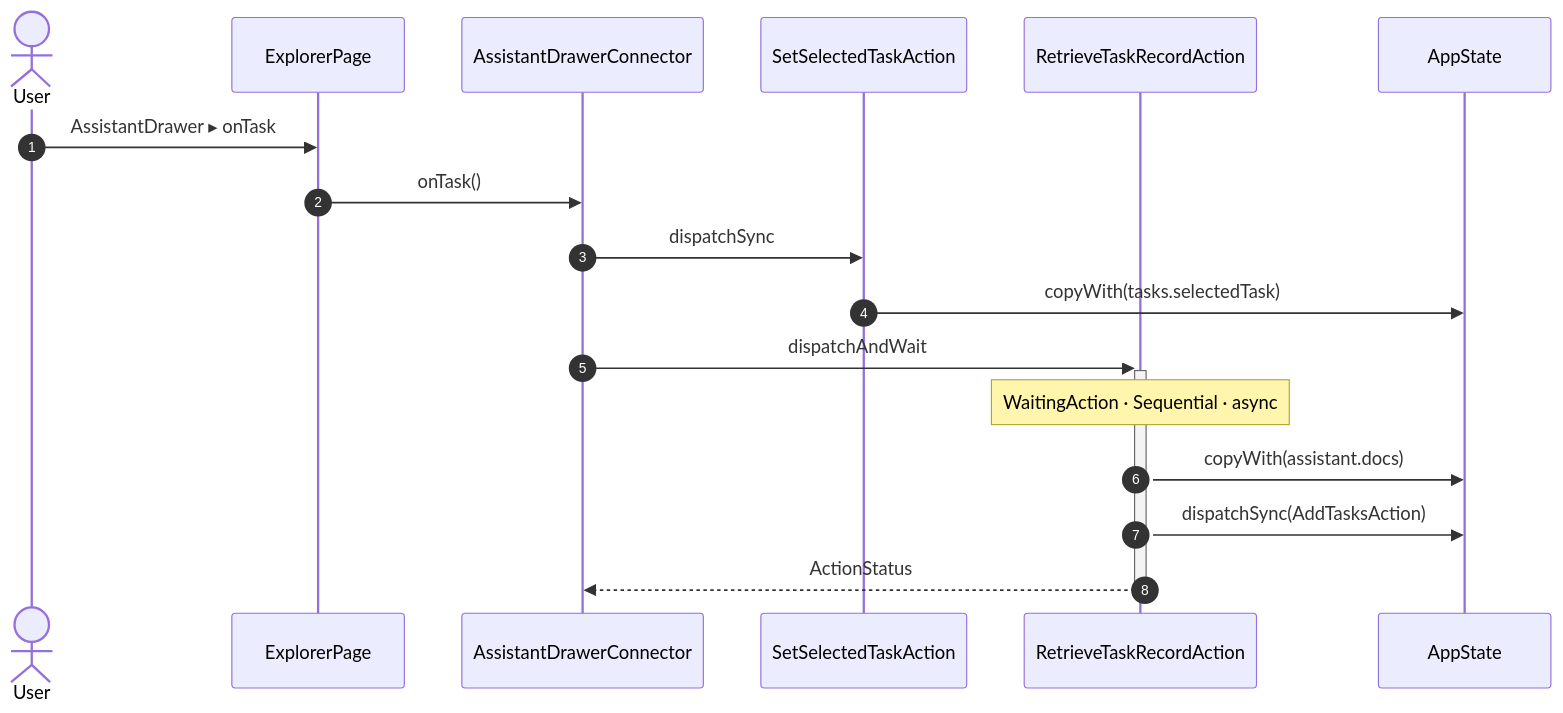
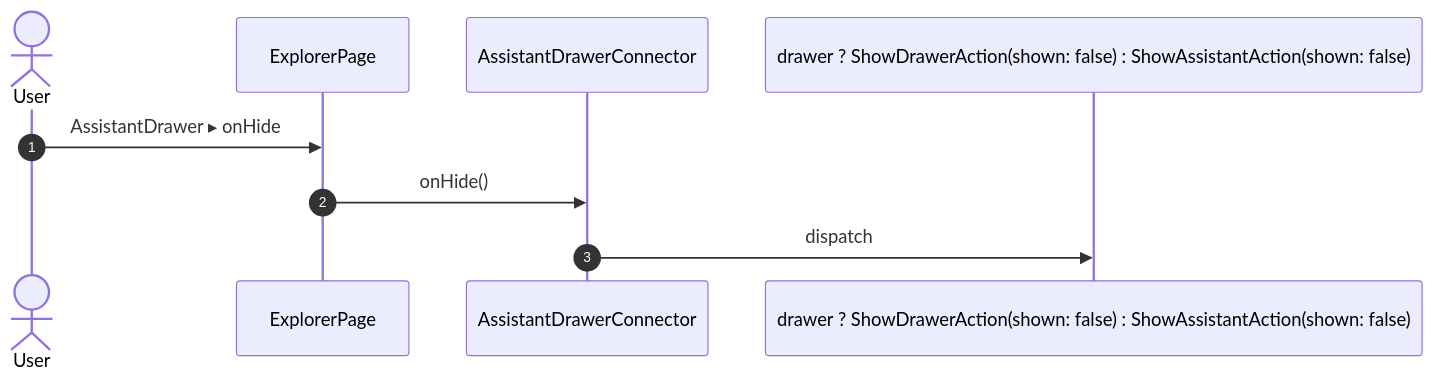
Before and after one commit to gencto/wyrm: diagram 50 of 55 in studio/docs/flows/explorer.md, drawn with Mermaid. The commit also changed other lines of this file and 94 other files, not shown here.

First line of the commit message:
studio: assistant: typed wire, words in ui, one action per intent

````diff
--- a/studio/docs/flows/explorer.md
+++ b/studio/docs/flows/explorer.md
@@ -1025,20 +948,12 @@
 ```mermaid
 sequenceDiagram
     autonumber
     actor User
     participant UI as ExplorerPage
     participant R1 as AssistantDrawerConnector
-    participant A1 as SetSelectedTaskAction
-    participant A2 as RetrieveTaskRecordAction
-    participant ST as AppState
+    participant A1 as drawer ? ShowDrawerAction(shown: false) : ShowAssistantAction(shown: false)
 
-    User->>UI: AssistantDrawer ▸ onTask
-    UI->>R1: onTask()
-    R1->>A1: dispatchSync
-    A1->>ST: copyWith(tasks.selectedTask)
-    R1->>+A2: dispatchAndWait
-    Note over A2: WaitingAction · Sequential · async
-    A2->>ST: copyWith(assistant.docs)
-    A2->>ST: dispatchSync(AddTasksAction)
-    A2-->>-R1: ActionStatus
+    User->>UI: AssistantDrawer ▸ onHide
+    UI->>R1: onHide()
+    R1->>A1: dispatch
 ```
````
